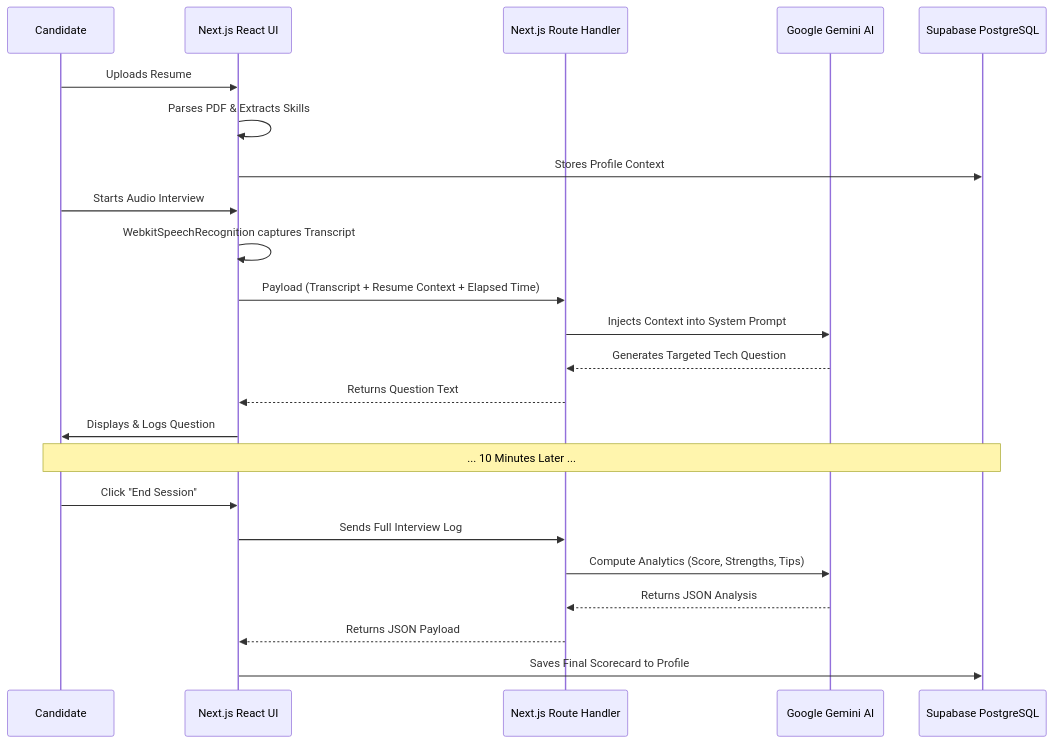
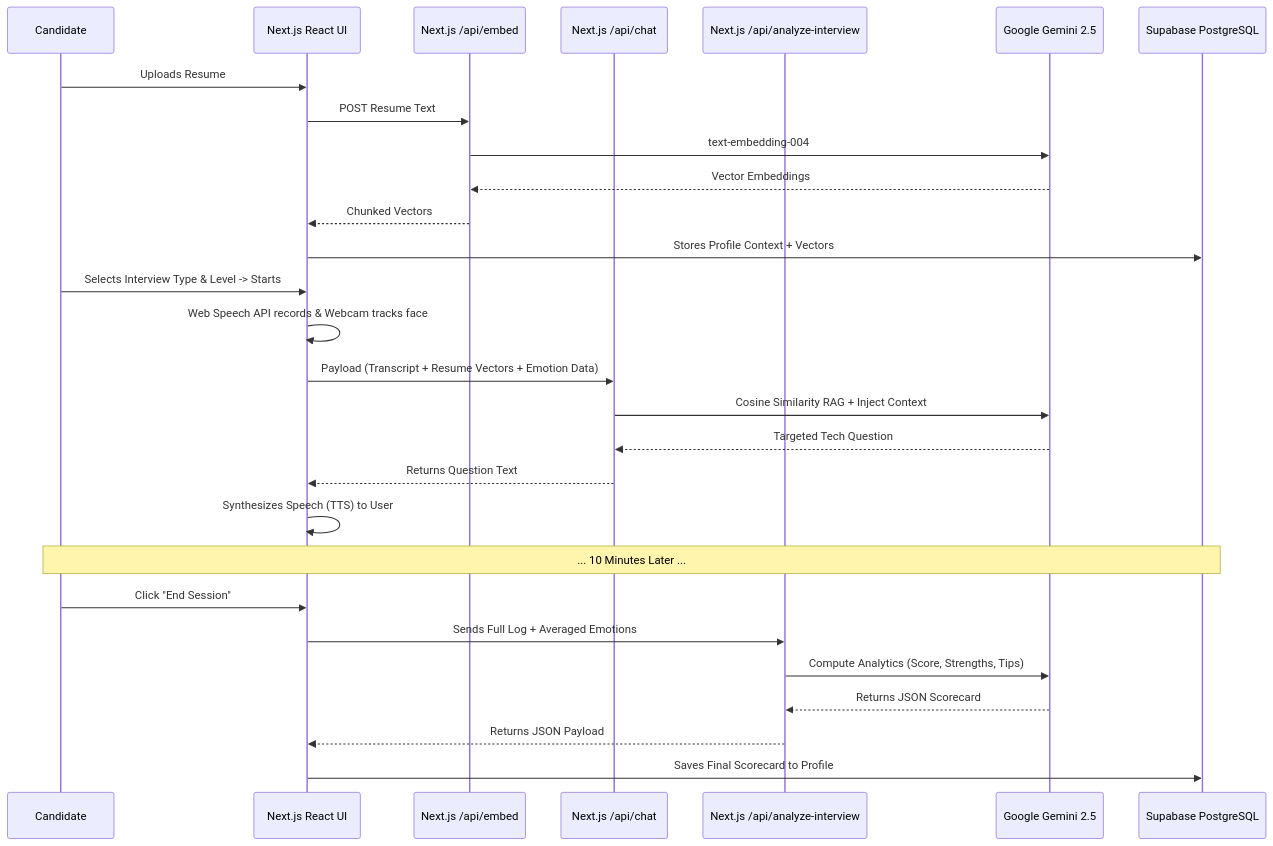
The fourth of 4 diagrams in ARCHITECTURE.md (Tanmay-312/mercorIP), drawn with Mermaid before and after one commit. The commit also changed other lines of this file and 1 other file, not shown here.

Commit message:
feat: Update documentation to reflect new features including RAG embeddings, facial emotion analysis, and detailed architecture diagrams.

````diff
--- a/ARCHITECTURE.md
+++ b/ARCHITECTURE.md
@@ -9,31 +57,35 @@
 ```mermaid
 sequenceDiagram
     participant User as Candidate
     participant UI as Next.js React UI
-    participant Handler as Next.js Route Handler
-    participant Gemini as Google Gemini AI
+    participant Embed as Next.js /api/embed
+    participant Chat as Next.js /api/chat
+    participant Analyze as Next.js /api/analyze-interview
+    participant Gemini as Google Gemini 2.5
     participant DB as Supabase PostgreSQL
 
     User->>UI: Uploads Resume
-    UI->>UI: Parses PDF & Extracts Skills
-    UI->>DB: Stores Profile Context
+    UI->>Embed: POST Resume Text
+    Embed->>Gemini: text-embedding-004
+    Gemini-->>Embed: Vector Embeddings
+    Embed-->>UI: Chunked Vectors
+    UI->>DB: Stores Profile Context + Vectors
 
-    User->>UI: Starts Audio Interview
-    UI->>UI: WebkitSpeechRecognition captures Transcript
-    UI->>Handler: Payload (Transcript + Resume Context + Elapsed Time)
+    User->>UI: Selects Interview Type & Level -> Starts
+    UI->>UI: Web Speech API records & Webcam tracks face
+    UI->>Chat: Payload (Transcript + Resume Vectors + Emotion Data)
 
-    Handler->>Gemini: Injects Context into System Prompt
-    Gemini-->>Handler: Generates Targeted Tech Question
-    Handler-->>UI: Returns Question Text
-
-    UI->>User: Displays & Logs Question
+    Chat->>Gemini: Cosine Similarity RAG + Inject Context
+    Gemini-->>Chat: Targeted Tech Question
+    Chat-->>UI: Returns Question Text
+    UI->>UI: Synthesizes Speech (TTS) to User
 
     note over User, DB: ... 10 Minutes Later ...
 
     User->>UI: Click "End Session"
-    UI->>Handler: Sends Full Interview Log
-    Handler->>Gemini: Compute Analytics (Score, Strengths, Tips)
-    Gemini-->>Handler: Returns JSON Analysis
-    Handler-->>UI: Returns JSON Payload
+    UI->>Analyze: Sends Full Log + Averaged Emotions
+    Analyze->>Gemini: Compute Analytics (Score, Strengths, Tips)
+    Gemini-->>Analyze: Returns JSON Scorecard
+    Analyze-->>UI: Returns JSON Payload
     UI->>DB: Saves Final Scorecard to Profile
 ```
````
